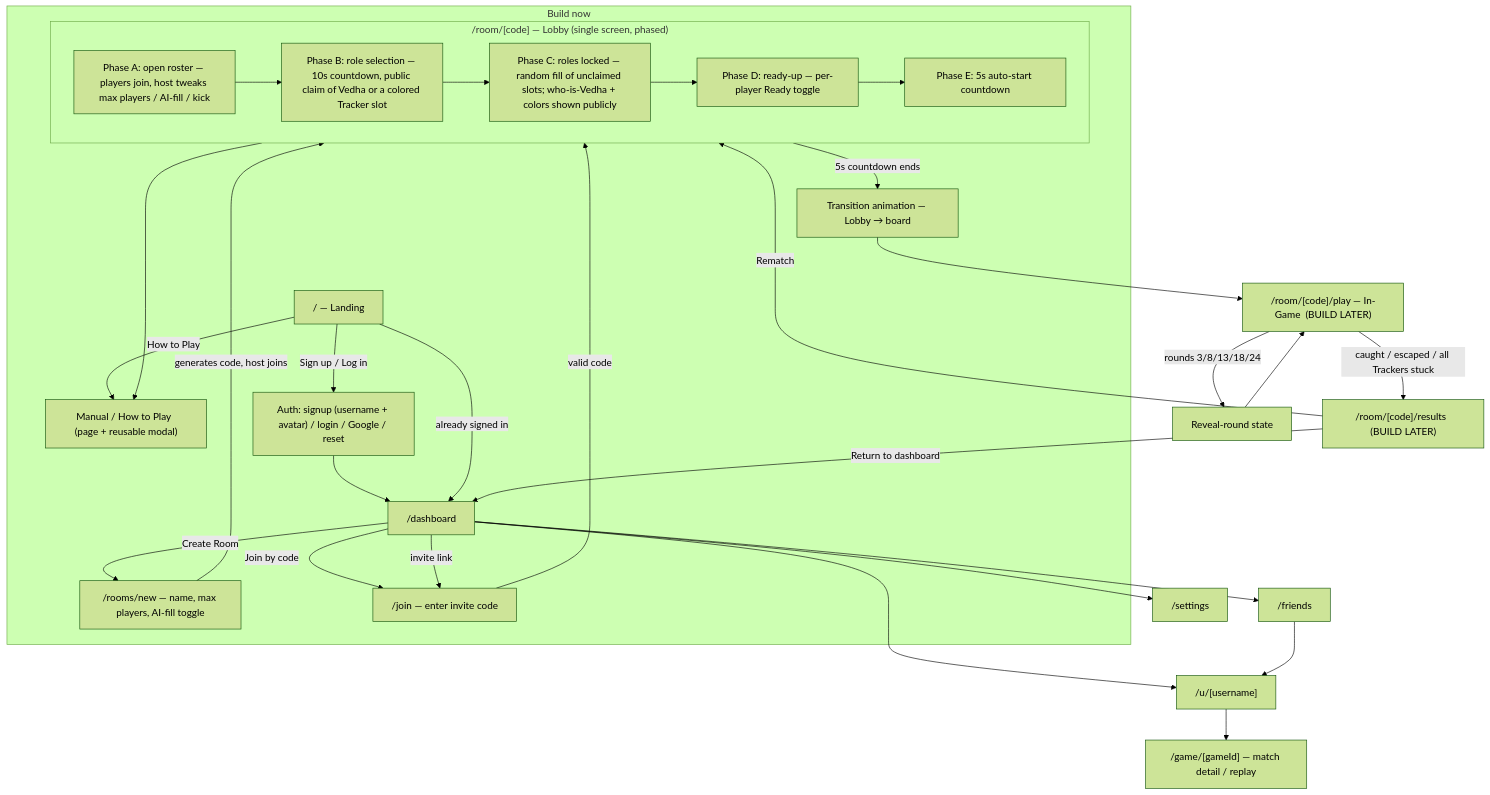
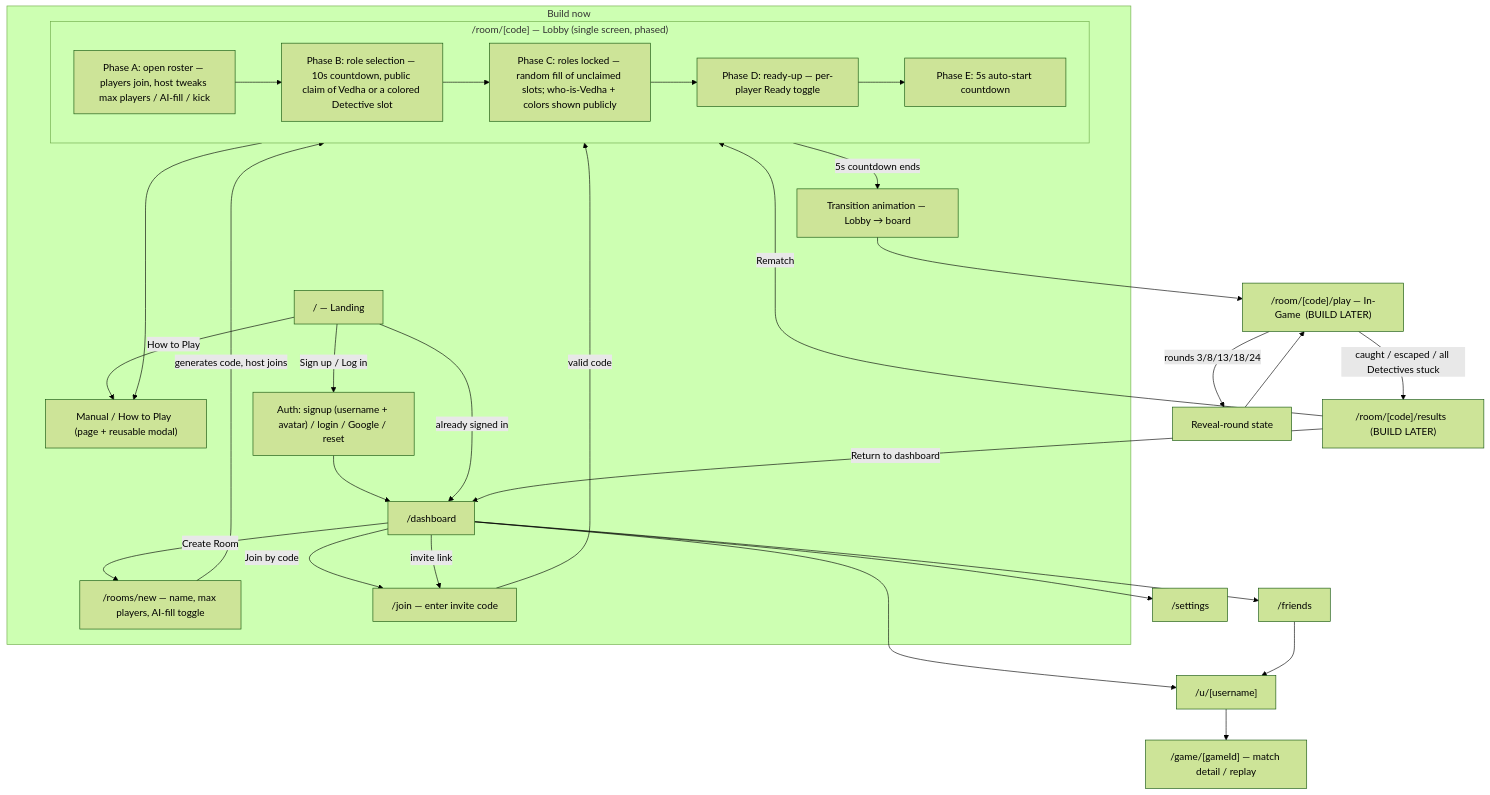
Before and after one commit to loksh1910/find-vedha: the diagram in SITEMAP.md, drawn with Mermaid (forest theme). The commit also changed other lines of this file and 12 other files, not shown here.

First line of the commit message:
Rename "Tracker" → "Detective" everywhere (screens + docs)

````diff
--- a/SITEMAP.md
+++ b/SITEMAP.md
@@ -81,49 +80,49 @@
 ```mermaid
 flowchart TD
     Landing["/ — Landing"] -->|How to Play| Manual["Manual / How to Play  (page + reusable modal)"]
     Landing -->|Sign up / Log in| Auth["Auth: signup (username + avatar) / login / Google / reset"]
     Auth --> Dashboard["/dashboard"]
     Landing -->|already signed in| Dashboard
 
     Dashboard -->|Create Room| CreateRoom["/rooms/new — name, max players, AI-fill toggle"]
     Dashboard -->|Join by code| JoinRoom["/join — enter invite code"]
     Dashboard -->|invite link| JoinRoom
     Dashboard --> Profile["/u/[username]"]
     Dashboard --> Friends["/friends"]
     Dashboard --> Settings["/settings"]
 
     CreateRoom -->|generates code, host joins| Lobby
     JoinRoom -->|valid code| Lobby
 
     subgraph Lobby["/room/[code] — Lobby (single screen, phased)"]
       L1["Phase A: open roster — players join, host tweaks max players / AI-fill / kick"]
-      L2["Phase B: role selection — 10s countdown, public claim of Vedha or a colored Tracker slot"]
+      L2["Phase B: role selection — 10s countdown, public claim of Vedha or a colored Detective slot"]
       L3["Phase C: roles locked — random fill of unclaimed slots; who-is-Vedha + colors shown publicly"]
       L4["Phase D: ready-up — per-player Ready toggle"]
       L5["Phase E: 5s auto-start countdown"]
       L1 --> L2 --> L3 --> L4 --> L5
     end
     Lobby --> Manual
     Lobby -->|5s countdown ends| Transition["Transition animation — Lobby → board"]
     Transition --> InGame["/room/[code]/play — In-Game  (BUILD LATER)"]
 
     InGame -->|rounds 3/8/13/18/24| RevealMoment["Reveal-round state"]
     RevealMoment --> InGame
-    InGame -->|caught / escaped / all Trackers stuck| Results["/room/[code]/results  (BUILD LATER)"]
+    InGame -->|caught / escaped / all Detectives stuck| Results["/room/[code]/results  (BUILD LATER)"]
     Results -->|Rematch| Lobby
     Results -->|Return to dashboard| Dashboard
 
     Profile --> MatchDetail["/game/[gameId] — match detail / replay"]
     Friends --> Profile
 
     subgraph "Build now"
       Landing
       Manual
       Auth
       Dashboard
       CreateRoom
       JoinRoom
       Lobby
       Transition
     end
 ```
````
